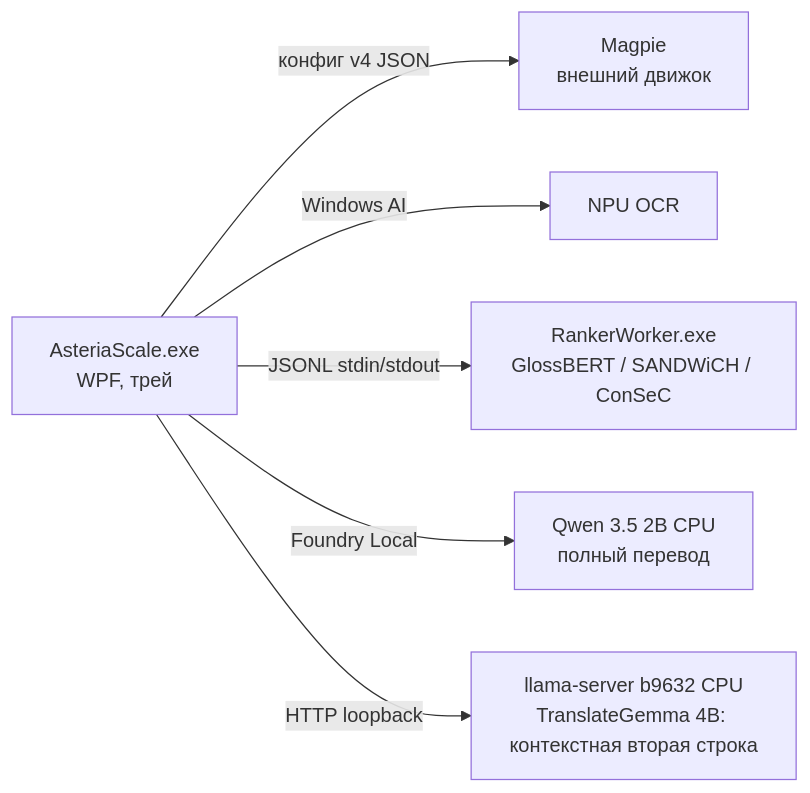
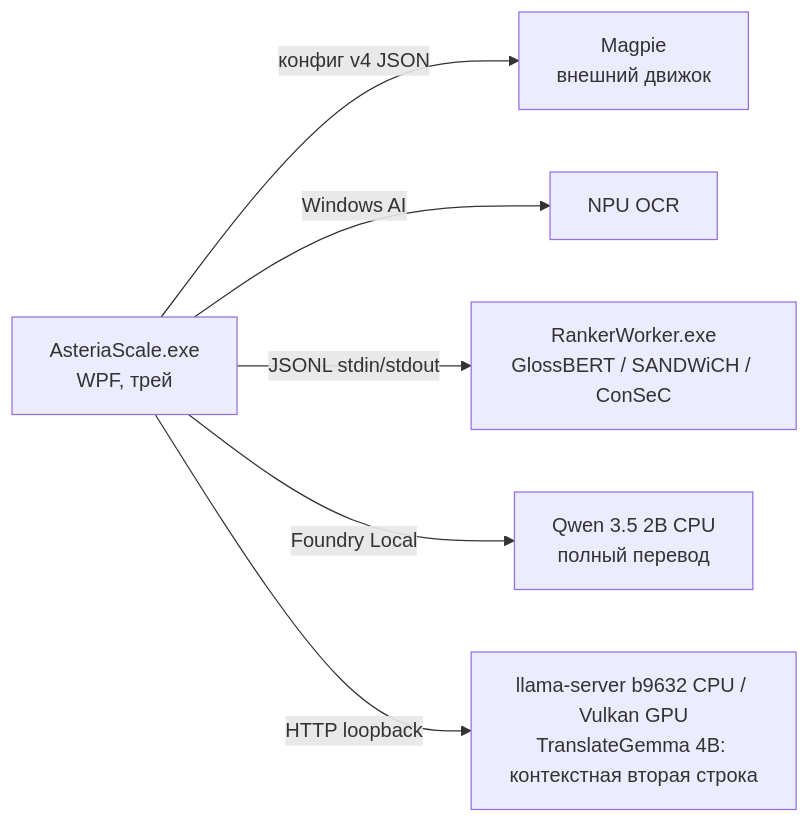
Before and after one commit to slava8519/AsteriaScale: the diagram in docs/ARCHITECTURE.md, drawn with Mermaid. The commit also changed other lines of this file and 24 other files, not shown here.

````diff
--- a/docs/ARCHITECTURE.md
+++ b/docs/ARCHITECTURE.md
@@ -19,8 +19,8 @@
 ```mermaid
 graph LR
     A[AsteriaScale.exe<br/>WPF, трей] -->|конфиг v4 JSON| M[Magpie<br/>внешний движок]
     A -->|Windows AI| OCR[NPU OCR]
     A -->|JSONL stdin/stdout| R[RankerWorker.exe<br/>GlossBERT / SANDWiCH / ConSeC]
     A -->|Foundry Local| Q[Qwen 3.5 2B CPU<br/>полный перевод]
-    A -->|HTTP loopback| T[llama-server b9632 CPU<br/>TranslateGemma 4B: контекстная вторая строка]
+    A -->|HTTP loopback| T[llama-server b9632 CPU / Vulkan GPU<br/>TranslateGemma 4B: контекстная вторая строка]
 ```
````
